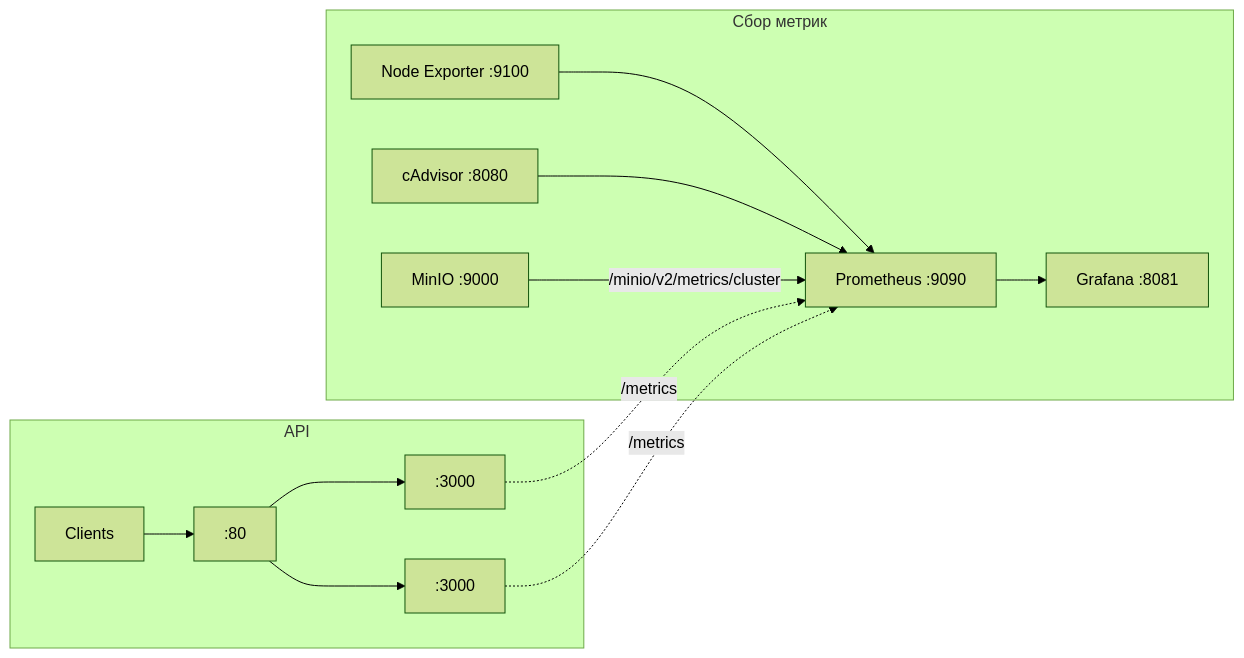
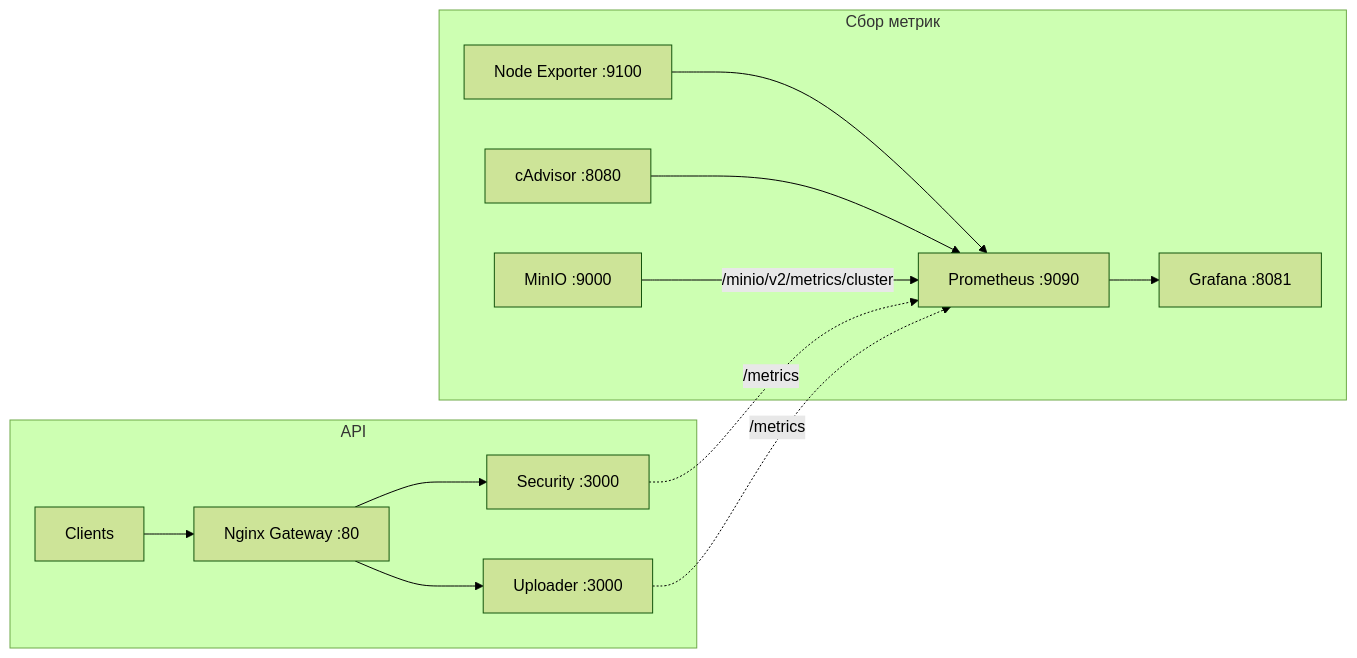
One commit to acider19/micros-homeworks changed the fifth of 5 diagrams in README.md. Above: the diagram before and after it, drawn with Mermaid (forest theme). The commit also changed other lines of this file, not shown here.

Commit message:
дз4/5: возврат названий сервисов в Mermaid-диаграммах

````diff
--- a/README.md
+++ b/README.md
@@ -198,18 +198,18 @@
 ```mermaid
 flowchart LR
     subgraph api ["API"]
-        Clients --> Nginx[:80]
-        Nginx --> Security[:3000]
-        Nginx --> Uploader[:3000]
+        Clients --> Nginx[Nginx Gateway :80]
+        Nginx --> Security[Security :3000]
+        Nginx --> Uploader[Uploader :3000]
     end
 
     subgraph metrics ["Сбор метрик"]
         Prometheus[Prometheus :9090] --> Grafana[Grafana :8081]
         NE[Node Exporter :9100] --> Prometheus
         cAdvisor[cAdvisor :8080] --> Prometheus
         MinIO[MinIO :9000] -->|/minio/v2/metrics/cluster| Prometheus
     end
 
     Security -.->|/metrics| Prometheus
     Uploader -.->|/metrics| Prometheus
 ```
````
